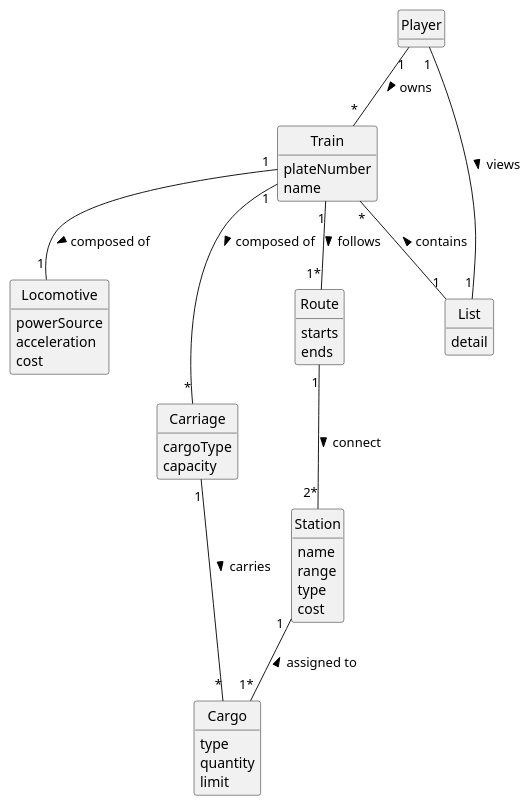
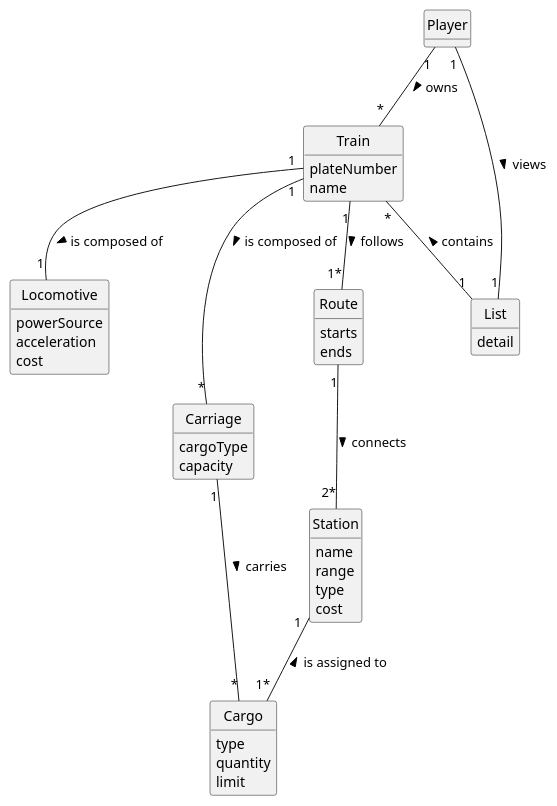
One commit to 1240826/empire-on-tracks changed the diagram in docs/system-documentation/US011/02.analysis/puml/US011-DM.puml. Above: the diagram before and after it, drawn with PlantUML. The commit also changed 9 other files, not shown here.

```diff
--- a/docs/system-documentation/US011/02.analysis/puml/US011-DM.puml
+++ b/docs/system-documentation/US011/02.analysis/puml/US011-DM.puml
@@ -1,66 +1,66 @@
 @startuml
 skinparam monochrome true
 skinparam packageStyle rectangle
 skinparam shadowing false
 
 skinparam classAttributeIconSize 0
 
 hide circle
 hide methods
 
 'title Domain Model for US011 - List All Trains
 
 class Player {
 }
 
 class List{
 detail
 }
 
 class Train {
     plateNumber
     name
 }
 
 class Locomotive {
     powerSource
     acceleration
     cost
 }
 
 class Carriage {
     cargoType
     capacity
 }
 
 class Cargo {
     type
     quantity
     limit
 }
 
 class Route{
     starts
     ends
 }
 
 class Station {
     name
     range
     type
     cost
 }
 
 Player "1" -- "*" Train : owns >
 Player"1"---"1" List:views >
-Station "1" -- "1*" Cargo : assigned to <
-Train "1" -- "1" Locomotive : composed of >
-Train "1" -- "*" Carriage : composed of >
+Station "1" -- "1*" Cargo : is assigned to <
+Train "1" -- "1" Locomotive : is composed of >
+Train "1" -- "*" Carriage : is composed of >
 Carriage "1" -- "*" Cargo : carries >
 Train"*"--right"1" List: contains <
 Train "1" -- "1*" Route : follows >
-Route "1" -- "2*" Station : connect >
+Route "1" -- "2*" Station : connects >
 
 
 
 @enduml
```
